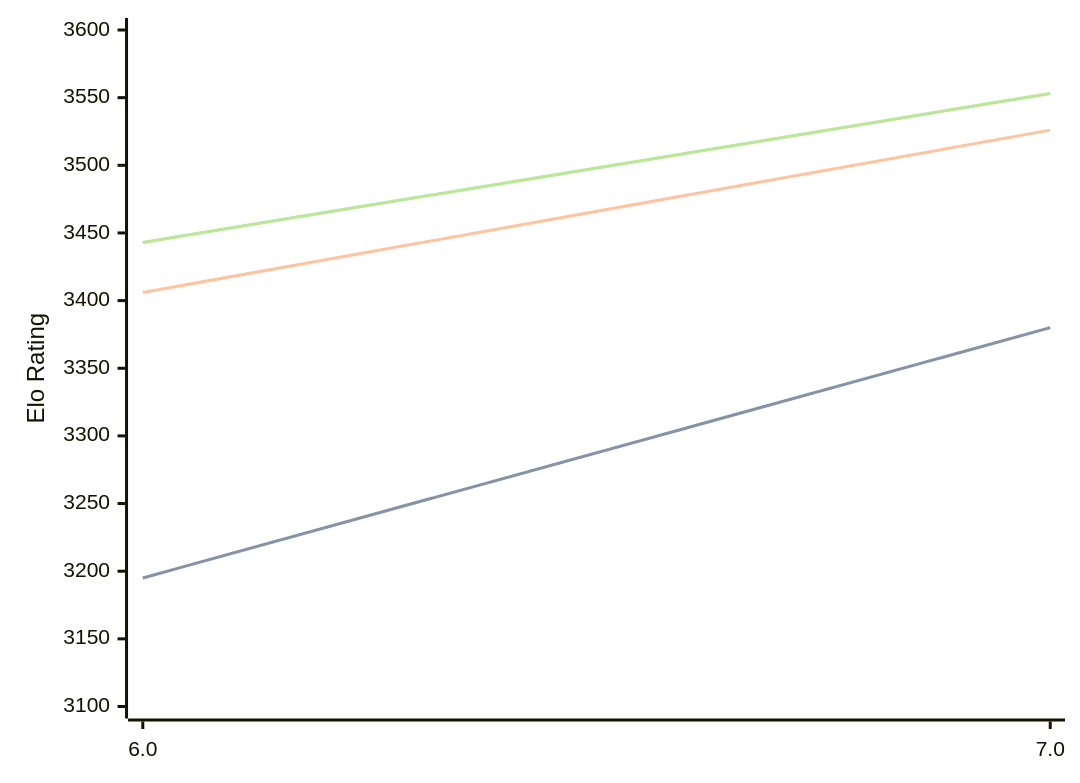
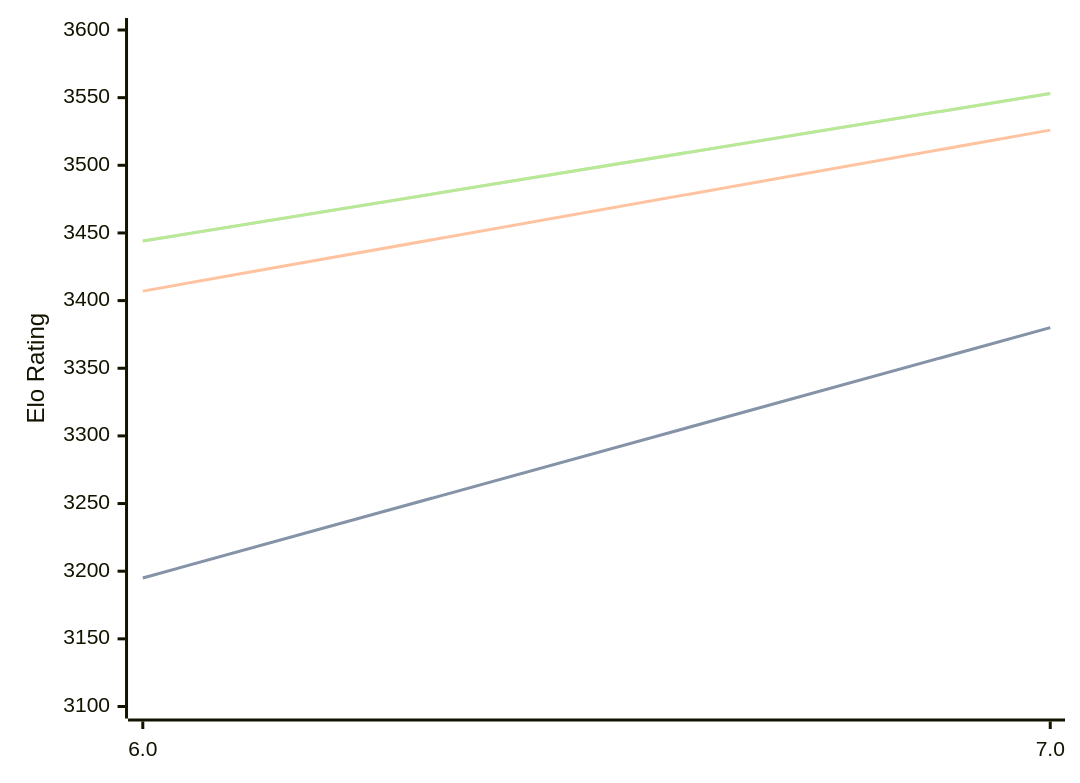
The diagram in engines/Devre.md (computer-chess-index/cci), drawn with Mermaid before and after one commit. The commit also changed other lines of this file, not shown here.

Commit message:
Update CCI Ratings (ELO VLTC) - 2026-09-18

````diff
--- a/engines/Devre.md
+++ b/engines/Devre.md
@@ -32,11 +32,11 @@
 ```mermaid
 %%{init: {"theme":"base","themeVariables":{"seriesColors:['#a3a3a3','#222221','#faa371']}}}%%
 xychart-beta
   x-axis ["6.0", "7.0"]
   y-axis "Elo Rating" 3100 --> 3600
   line "" [3195, 3380]
   line "STC (8.0+0.08s)" [3195, 3380]
-  line "LTC (60.0+0.60s)" [3406, 3526]
-  line "" [3443, 3553]
-  line "VLTC (2m24s+1.12s)" [3443, 3553]
+  line "LTC (60.0+0.60s)" [3407, 3526]
+  line "" [3444, 3553]
+  line "VLTC (2m24s+1.12s)" [3444, 3553]
 ```
````
